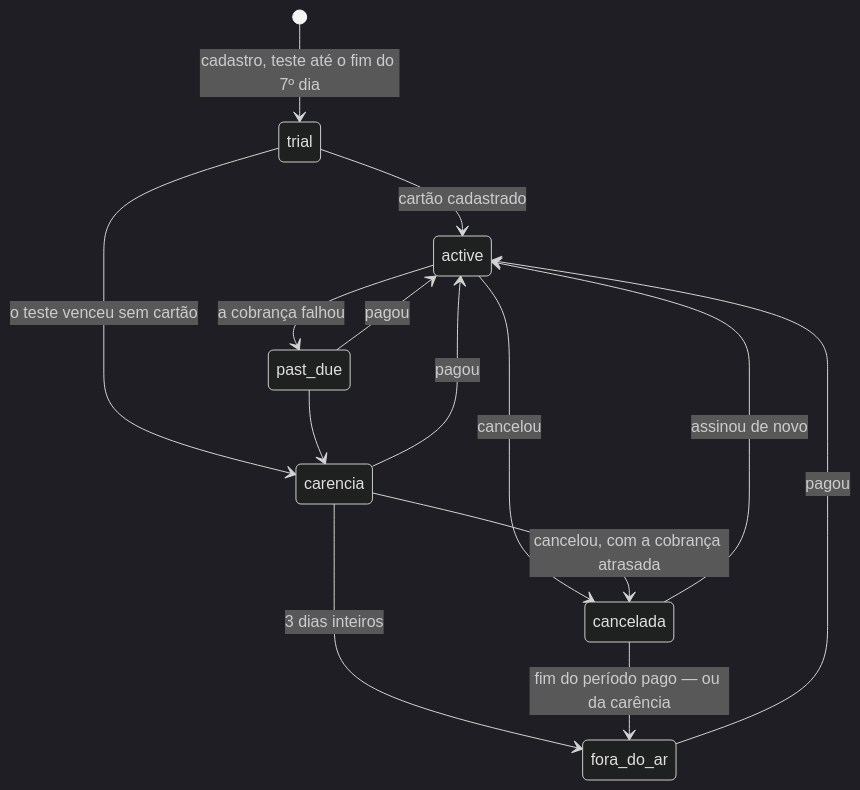
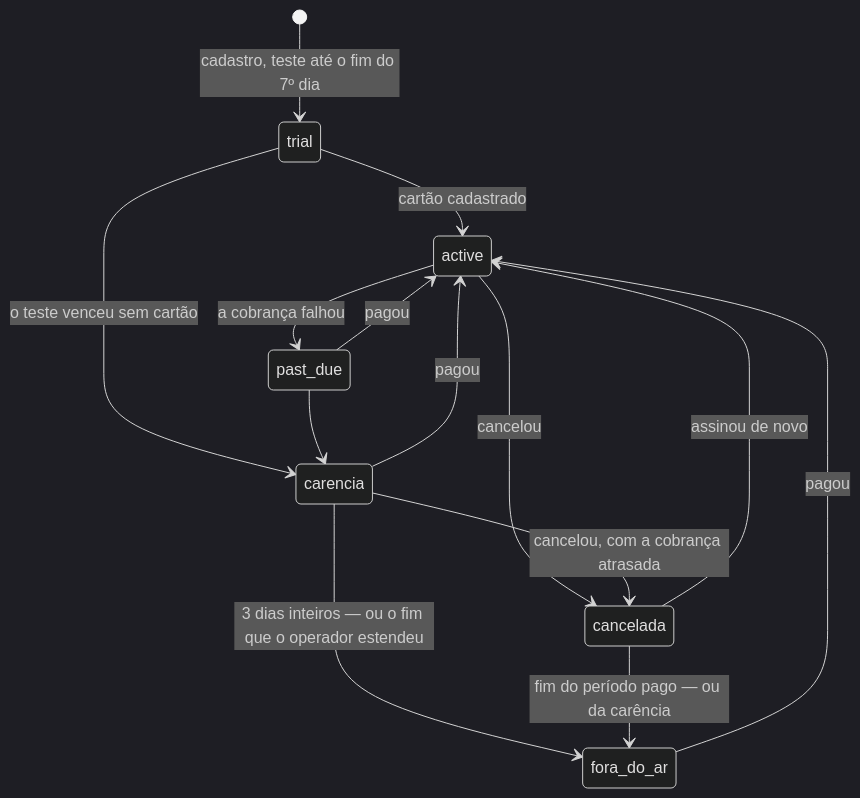
One commit to Alexandfdes/Barbearia changed the second of 3 diagrams in docs/ARQUITETURA-COBRANCA-V1.md. Above: the diagram before and after it, drawn with Mermaid (dark theme). The commit also changed other lines of this file and 6 other files, not shown here.

````diff
--- a/docs/ARQUITETURA-COBRANCA-V1.md
+++ b/docs/ARQUITETURA-COBRANCA-V1.md
@@ -386,16 +386,16 @@
 ```mermaid
 stateDiagram-v2
     [*] --> trial: cadastro, teste até o fim do 7º dia
     trial --> active: cartão cadastrado
     trial --> carencia: o teste venceu sem cartão
     active --> past_due: a cobrança falhou
     past_due --> active: pagou
     past_due --> carencia
     carencia --> active: pagou
-    carencia --> fora_do_ar: 3 dias inteiros
+    carencia --> fora_do_ar: 3 dias inteiros — ou o fim que o operador estendeu
     fora_do_ar --> active: pagou
     active --> cancelada: cancelou
     carencia --> cancelada: cancelou, com a cobrança atrasada
     cancelada --> fora_do_ar: fim do período pago — ou da carência
     cancelada --> active: assinou de novo
 ```
````
